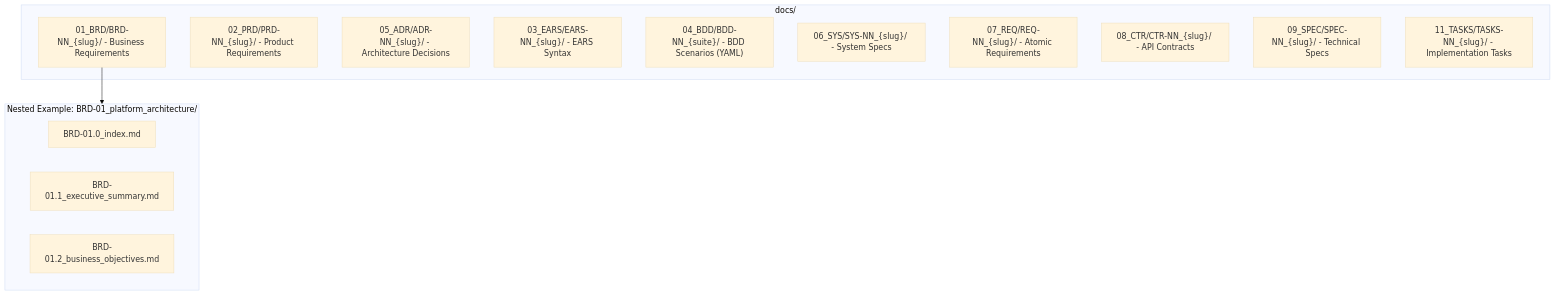
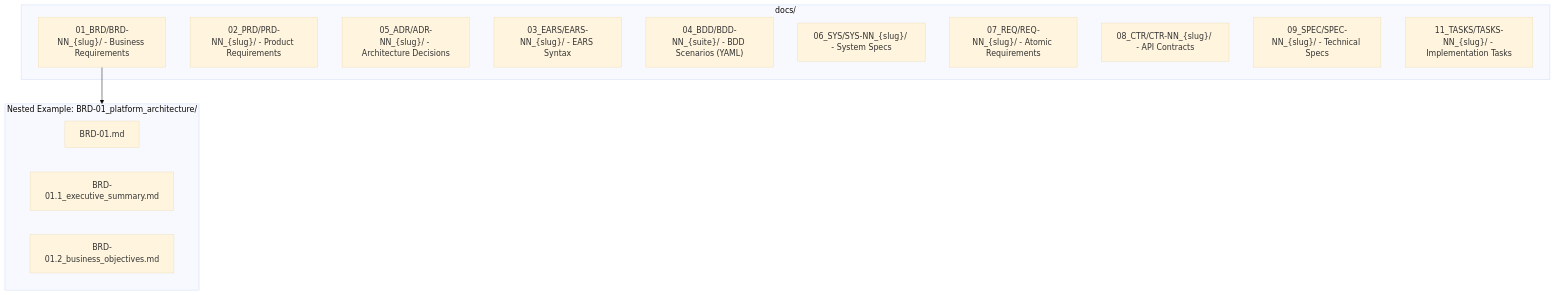
Before and after one commit to vladm3105/aidoc-flow-framework: the diagram in ai_dev_ssd_flow/QUICK_REFERENCE.md, drawn with Mermaid (base theme). The commit also changed other lines of this file and 25 other files, not shown here.

````diff
--- a/ai_dev_ssd_flow/QUICK_REFERENCE.md
+++ b/ai_dev_ssd_flow/QUICK_REFERENCE.md
@@ -164,23 +164,23 @@
 ```mermaid
 graph TB
   subgraph docs["docs/"]
     BRD["01_BRD/BRD-NN_{slug}/ - Business Requirements"]
     PRD["02_PRD/PRD-NN_{slug}/ - Product Requirements"]
     ADR["05_ADR/ADR-NN_{slug}/ - Architecture Decisions"]
     EARS["03_EARS/EARS-NN_{slug}/ - EARS Syntax"]
     BDD["04_BDD/BDD-NN_{suite}/ - BDD Scenarios (YAML)"]
     SYS["06_SYS/SYS-NN_{slug}/ - System Specs"]
     REQ["07_REQ/REQ-NN_{slug}/ - Atomic Requirements"]
     CTR["08_CTR/CTR-NN_{slug}/ - API Contracts"]
     SPEC["09_SPEC/SPEC-NN_{slug}/ - Technical Specs"]
     TASKS["11_TASKS/TASKS-NN_{slug}/ - Implementation Tasks"]
   end
 
   subgraph nested_example["Nested Example: BRD-01_platform_architecture/"]
-    idx["BRD-01.0_index.md"]
+    idx["BRD-01.md"]
     sec1["BRD-01.1_executive_summary.md"]
     sec2["BRD-01.2_business_objectives.md"]
   end
 
   BRD --> nested_example
 ```
````
